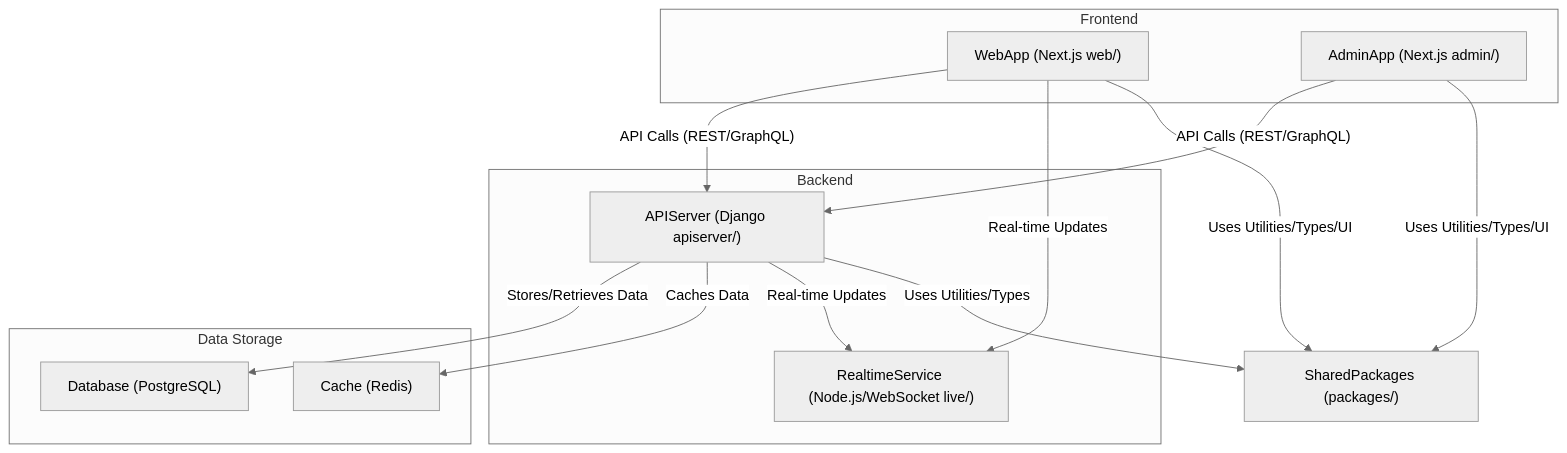
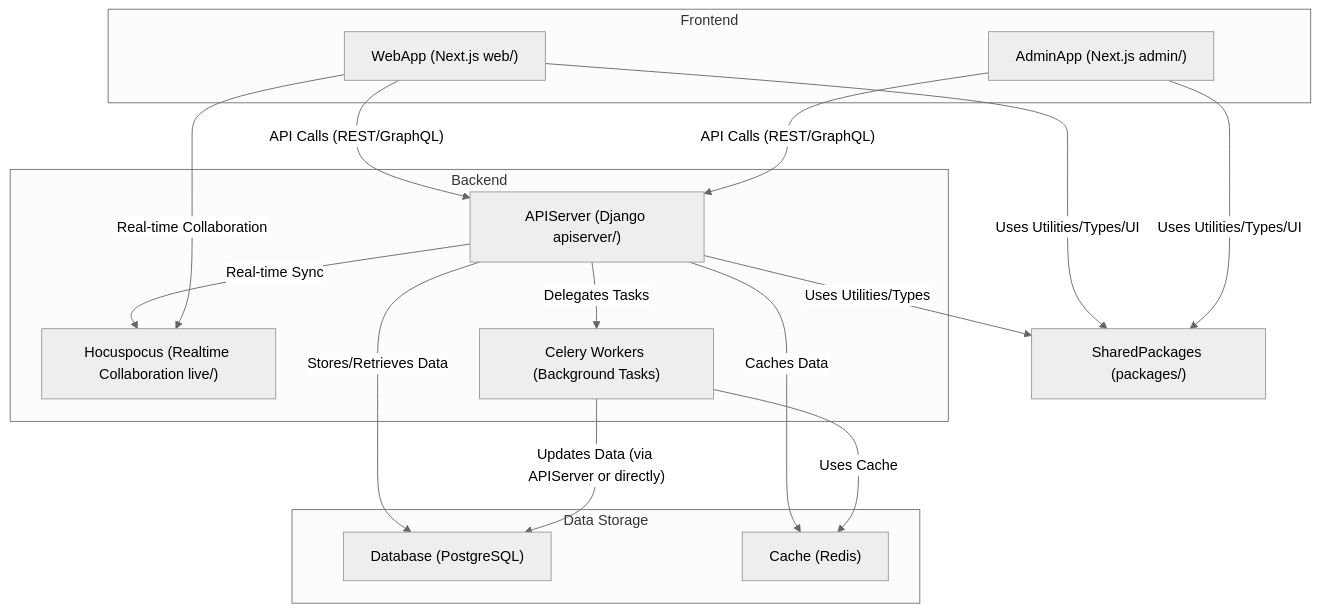
Before and after one commit to gijigae/plane: the diagram in docs/architecture.md, drawn with Mermaid (neutral theme).

Commit message:
feat: add Hocuspocus and Celery to backend in architecture diagram
This commit updates the architecture flowchart in `docs/architecture.md` to provide a more complete view of the backend services.

Changes include:
- Added "Hocuspocus (Realtime Collaboration live/)" to the Backend subgraph, clarifying the role of the `live/` directory.
- Added "Celery Workers (Background Tasks)" to the Backend subgraph.
- Updated connections to show the APIServer delegating tasks to Celery Workers and interactions with the database and cache.
- Clarified RealtimeService as Hocuspocus and its interaction with the APIServer and WebApp.

````diff
--- a/docs/architecture.md
+++ b/docs/architecture.md
@@ -1,30 +1,36 @@
 ```mermaid
 graph TD
     subgraph Frontend
         WebApp["WebApp (Next.js web/)"]
         AdminApp["AdminApp (Next.js admin/)"]
     end
 
     subgraph Backend
         APIServer["APIServer (Django apiserver/)"]
-        RealtimeService["RealtimeService (Node.js/WebSocket live/)"]
+        Hocuspocus["Hocuspocus (Realtime Collaboration live/)"]
+        CeleryWorkers["Celery Workers (Background Tasks)"]
     end
 
     subgraph "Data Storage"
         Database["Database (PostgreSQL)"]
         Cache["Cache (Redis)"]
     end
 
     SharedPackages["SharedPackages (packages/)"]
 
     WebApp -- "API Calls (REST/GraphQL)" --> APIServer
     AdminApp -- "API Calls (REST/GraphQL)" --> APIServer
+    
     APIServer -- "Stores/Retrieves Data" --> Database
     APIServer -- "Caches Data" --> Cache
-    APIServer -- "Real-time Updates" --> RealtimeService
-    WebApp -- "Real-time Updates" --> RealtimeService
+    APIServer -- "Delegates Tasks" --> CeleryWorkers
+    CeleryWorkers -- "Updates Data (via APIServer or directly)" --> Database
+    CeleryWorkers -- "Uses Cache" --> Cache
+    
+    APIServer -- "Real-time Sync" --> Hocuspocus
+    WebApp -- "Real-time Collaboration" --> Hocuspocus
     
     WebApp -- "Uses Utilities/Types/UI" --> SharedPackages
     AdminApp -- "Uses Utilities/Types/UI" --> SharedPackages
     APIServer -- "Uses Utilities/Types" --> SharedPackages
 ```
````
